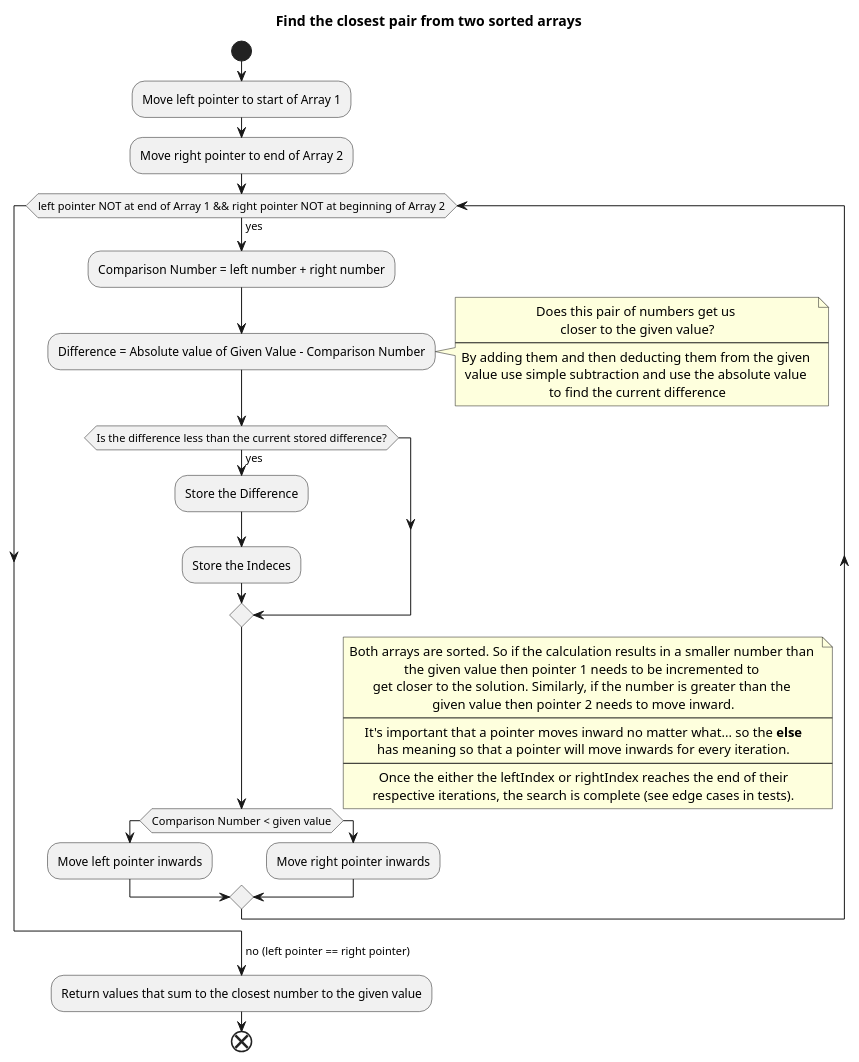
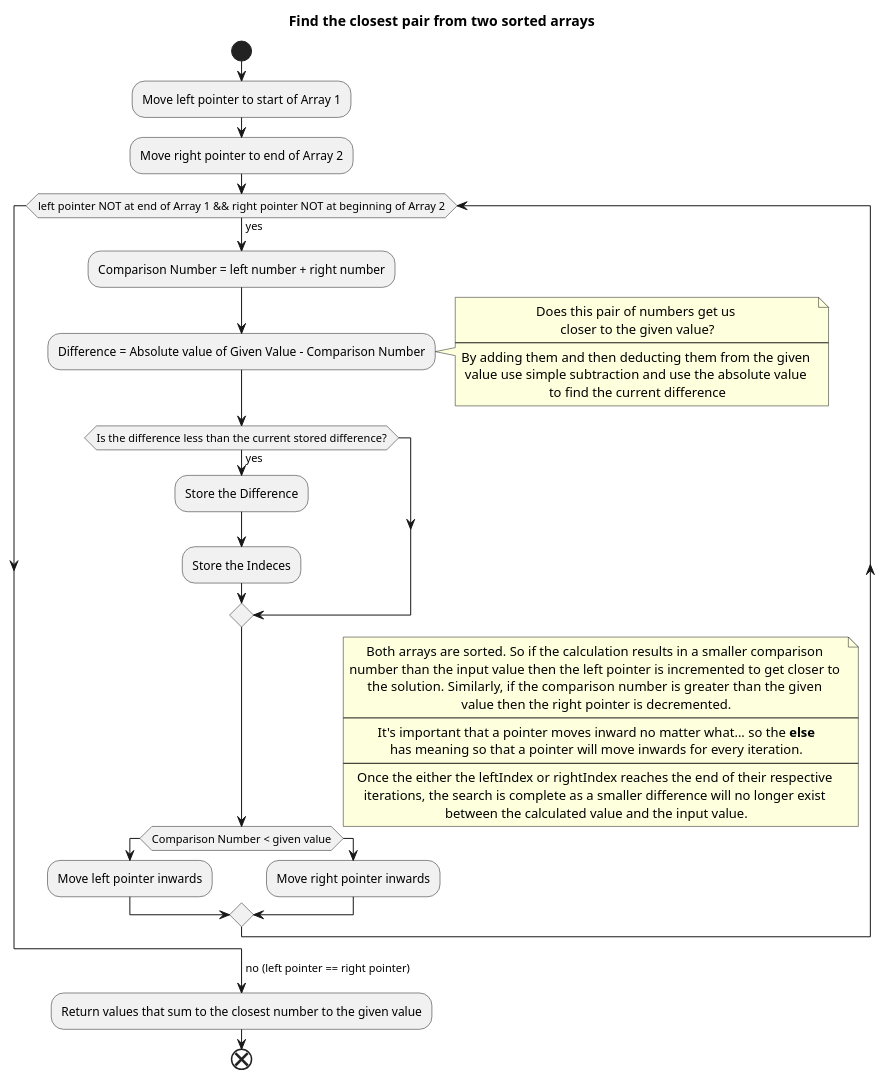
Before and after one commit to bobbyache/ComputerScienceWithJavaScript: the diagram in spec/problems/arrays/closest_pair_2_sorted_arrays/logic-optimized.plantuml, drawn with PlantUML. The commit also changed 2 other files, not shown here.

Commit message:
Clarified logic behind the logic of closest pair over two arrays.

```diff
--- a/spec/problems/arrays/closest_pair_2_sorted_arrays/logic-optimized.plantuml
+++ b/spec/problems/arrays/closest_pair_2_sorted_arrays/logic-optimized.plantuml
@@ -1,50 +1,51 @@
 @startuml
 
 title Find the closest pair from two sorted arrays
 
 skinparam defaultTextAlignment center
 
 start
     :Move left pointer to start of Array 1;
     :Move right pointer to end of Array 2;
 
     while (left pointer NOT at end of Array 1 && right pointer NOT at beginning of Array 2) is (yes)
         :Comparison Number = left number + right number;
         :Difference = Absolute value of Given Value - Comparison Number;
         note right
             Does this pair of numbers get us 
             closer to the given value?
             ----
             By adding them and then deducting them from the given 
             value use simple subtraction and use the absolute value 
             to find the current difference
         end note
 
         if (Is the difference less than the current stored difference?) then (yes)
             :Store the Difference;
             :Store the Indeces;
         endif
 
         if (Comparison Number < given value)
             :Move left pointer inwards;
         else
             :Move right pointer inwards;
         endif
 
         note right
-            Both arrays are sorted. So if the calculation results in a smaller number than 
-            the given value then pointer 1 needs to be incremented to 
-            get closer to the solution. Similarly, if the number is greater than the 
-            given value then pointer 2 needs to move inward.
+            Both arrays are sorted. So if the calculation results in a smaller comparison 
+            number than the input value then the left pointer is incremented to get closer to 
+            the solution. Similarly, if the comparison number is greater than the  given 
+            value then the right pointer is decremented.
             ----
             It's important that a pointer moves inward no matter what... so the **else**
             has meaning so that a pointer will move inwards for every iteration.
             ----
-            Once the either the leftIndex or rightIndex reaches the end of their
-            respective iterations, the search is complete (see edge cases in tests).
+            Once the either the leftIndex or rightIndex reaches the end of their respective 
+            iterations, the search is complete as a smaller difference will no longer exist 
+            between the calculated value and the input value.
         end note
     end while
     ->no (left pointer == right pointer);
     :Return values that sum to the closest number to the given value;
 end
 @enduml
```
